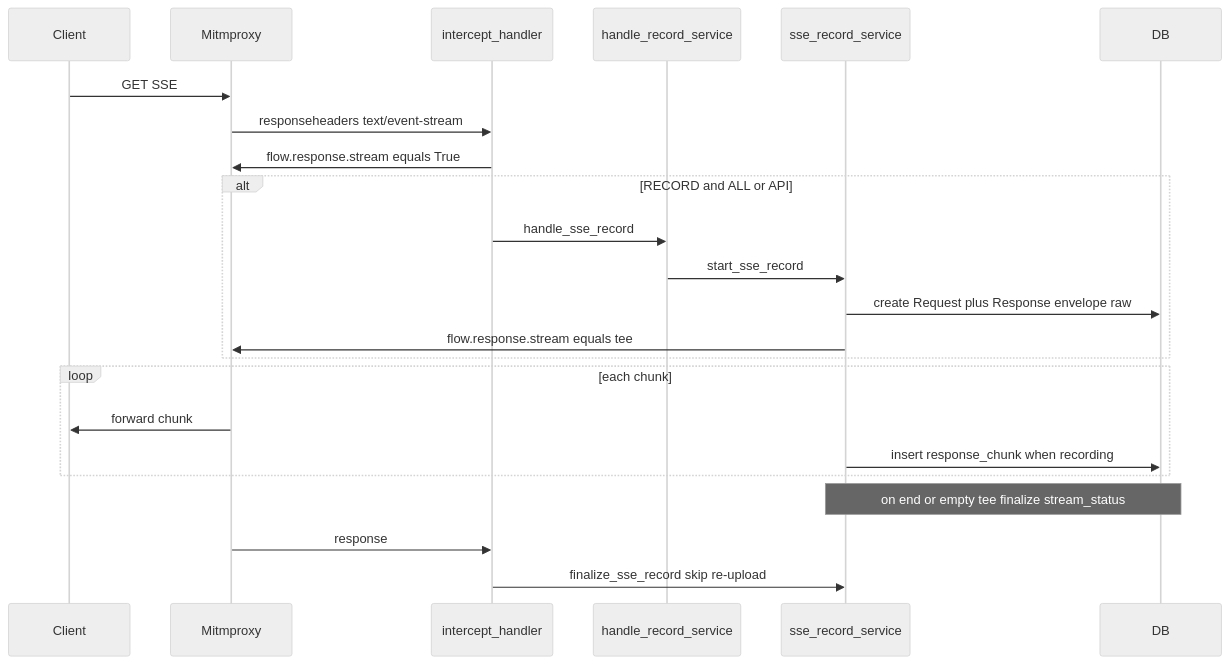
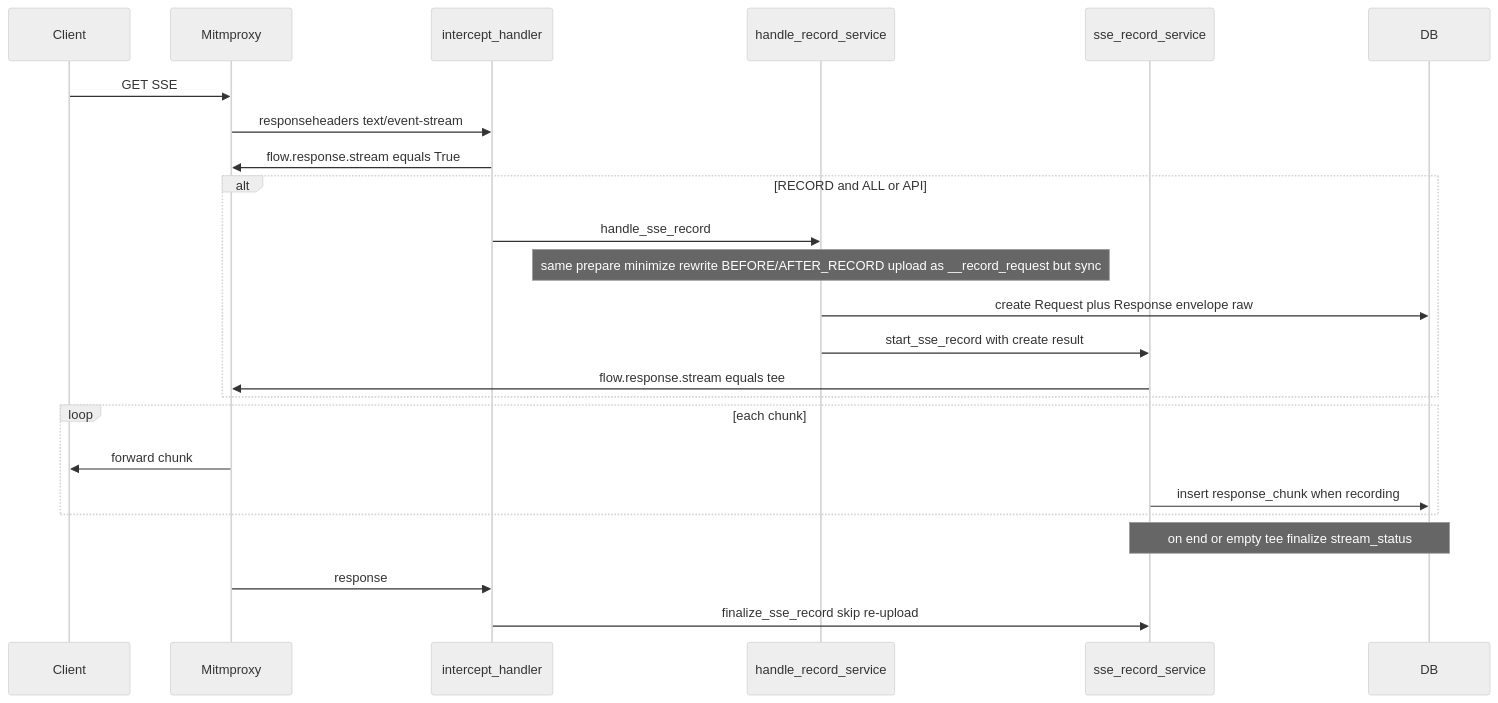
Before and after one commit to Stoobly/stoobly-agent: the first of 3 diagrams in docs/sse-handling.md, drawn with Mermaid (neutral theme). The commit also changed other lines of this file and 3 other files, not shown here.

Commit message:
Reuse sync record prepare/upload path for SSE envelope create.

````diff
--- a/docs/sse-handling.md
+++ b/docs/sse-handling.md
@@ -26,26 +26,27 @@
 ```mermaid
 sequenceDiagram
   participant Client
   participant Mitmproxy
   participant Intercept as intercept_handler
   participant Record as handle_record_service
   participant Sse as sse_record_service
   participant DB
 
   Client->>Mitmproxy: GET SSE
   Mitmproxy->>Intercept: responseheaders text/event-stream
   Intercept->>Mitmproxy: flow.response.stream equals True
   alt RECORD and ALL or API
     Intercept->>Record: handle_sse_record
-    Record->>Sse: start_sse_record
-    Sse->>DB: create Request plus Response envelope raw
+    Note over Record: same prepare minimize rewrite BEFORE/AFTER_RECORD upload as __record_request but sync
+    Record->>DB: create Request plus Response envelope raw
+    Record->>Sse: start_sse_record with create result
     Sse->>Mitmproxy: flow.response.stream equals tee
   end
   loop each chunk
     Mitmproxy->>Client: forward chunk
     Sse->>DB: insert response_chunk when recording
   end
   Note over Sse,DB: on end or empty tee finalize stream_status
   Mitmproxy->>Intercept: response
   Intercept->>Sse: finalize_sse_record skip re-upload
 ```
````
